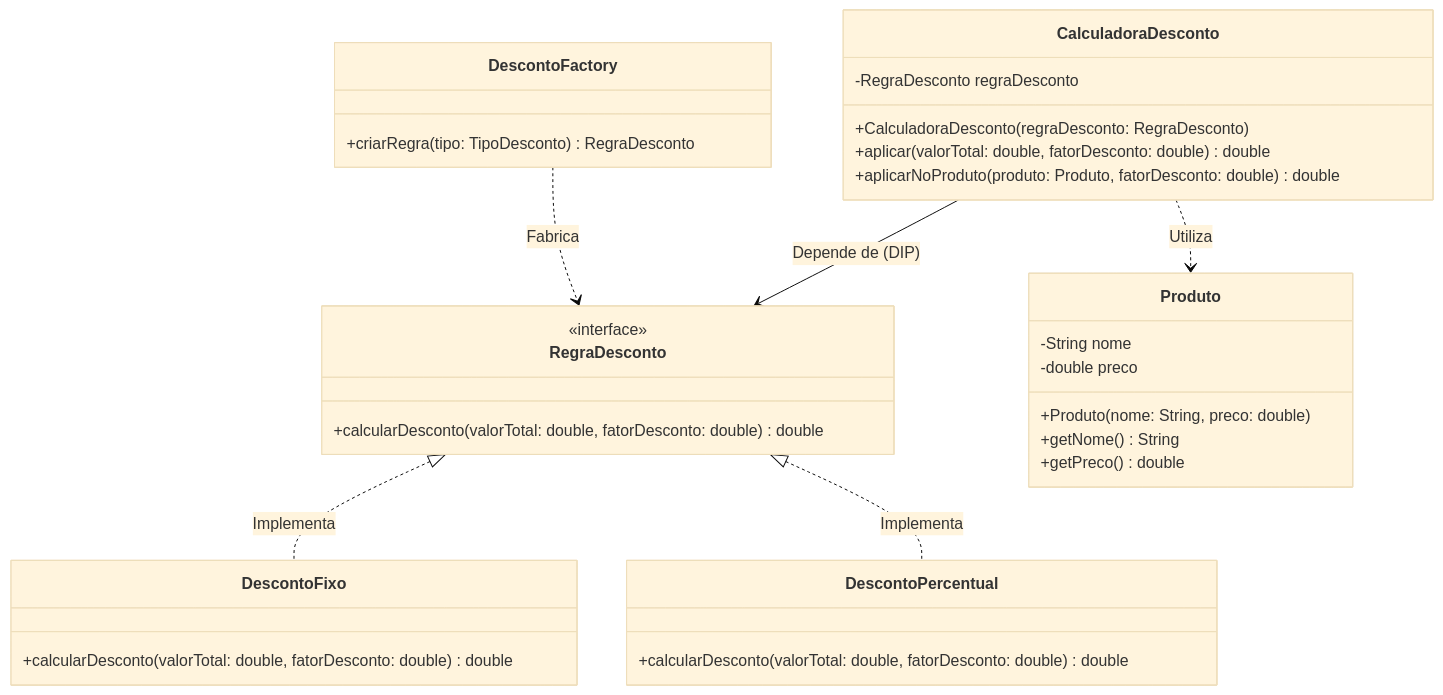
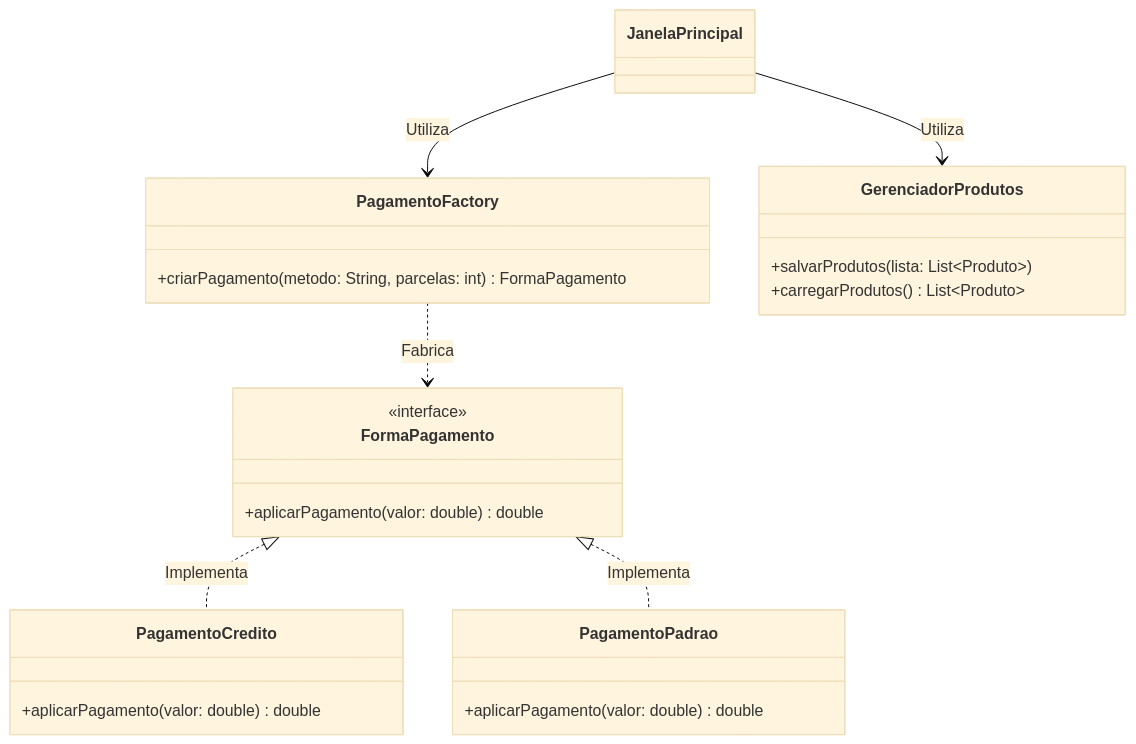
One commit to fellipe0244/TrabalhoA3Lucas202601 changed the diagram in Readme.md. Above: the diagram before and after it, drawn with Mermaid (base theme).

````diff
--- a/Readme.md
+++ b/Readme.md
@@ -65,37 +65,28 @@
 ```mermaid
 
 classDiagram
-    class RegraDesconto {
+    class FormaPagamento {
         <<interface>>
-        +calcularDesconto(valorTotal: double, fatorDesconto: double) double
+        +aplicarPagamento(valor: double) double
     }
-    class DescontoFixo {
-        +calcularDesconto(valorTotal: double, fatorDesconto: double) double
+    class PagamentoCredito {
+        +aplicarPagamento(valor: double) double
     }
-    class DescontoPercentual {
-        +calcularDesconto(valorTotal: double, fatorDesconto: double) double
+    class PagamentoPadrao {
+        +aplicarPagamento(valor: double) double
     }
-    class CalculadoraDesconto {
-        -RegraDesconto regraDesconto
-        +CalculadoraDesconto(regraDesconto: RegraDesconto)
-        +aplicar(valorTotal: double, fatorDesconto: double) double
-        +aplicarNoProduto(produto: Produto, fatorDesconto: double) double
+    class PagamentoFactory {
+        +criarPagamento(metodo: String, parcelas: int) FormaPagamento
     }
-    class Produto {
-        -String nome
-        -double preco
-        +Produto(nome: String, preco: double)
-        +getNome() String
-        +getPreco() double
-    }
-    class DescontoFactory {
-        +criarRegra(tipo: TipoDesconto) RegraDesconto
+    class GerenciadorProdutos {
+        +salvarProdutos(lista: List~Produto~)
+        +carregarProdutos() List~Produto~
     }
 
-    RegraDesconto <|.. DescontoFixo : Implementa
-    RegraDesconto <|.. DescontoPercentual : Implementa
-    CalculadoraDesconto --> RegraDesconto : Depende de (DIP)
-    CalculadoraDesconto ..> Produto : Utiliza
-    DescontoFactory ..> RegraDesconto : Fabrica
+    FormaPagamento <|.. PagamentoCredito : Implementa
+    FormaPagamento <|.. PagamentoPadrao : Implementa
+    PagamentoFactory ..> FormaPagamento : Fabrica
+    JanelaPrincipal --> GerenciadorProdutos : Utiliza
+    JanelaPrincipal --> PagamentoFactory : Utiliza
 
 ```
````
